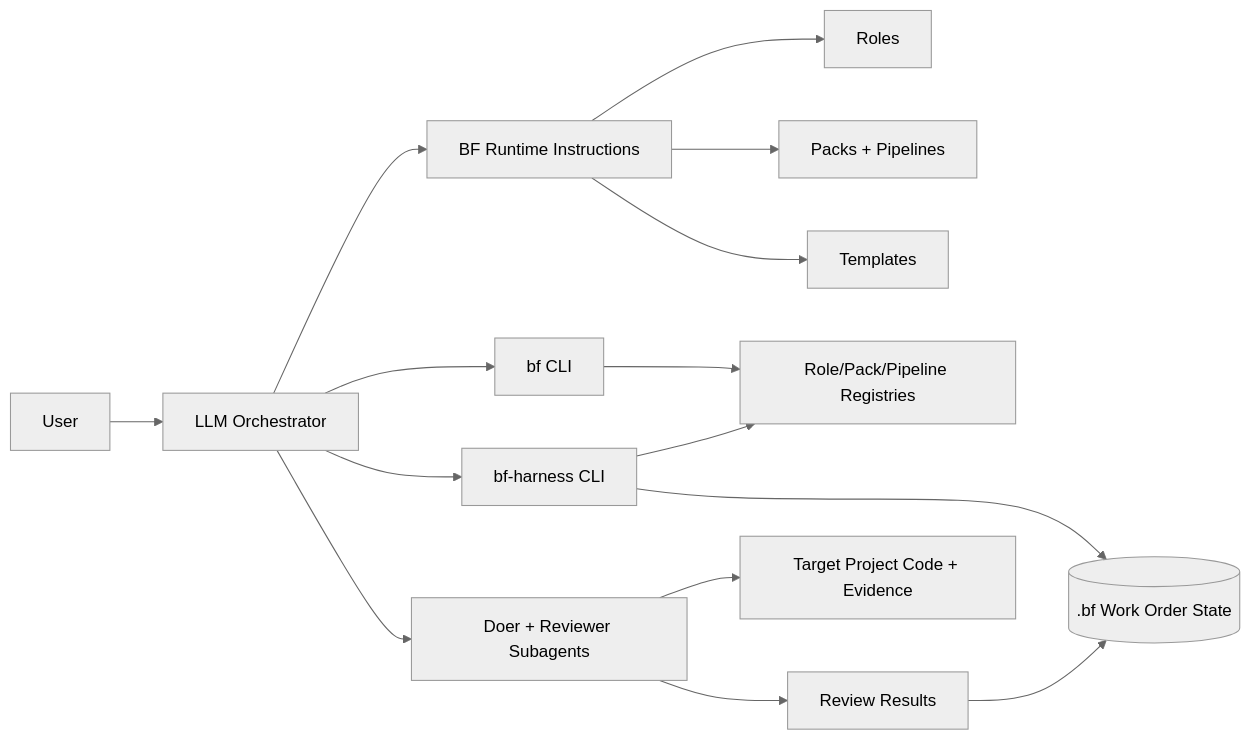
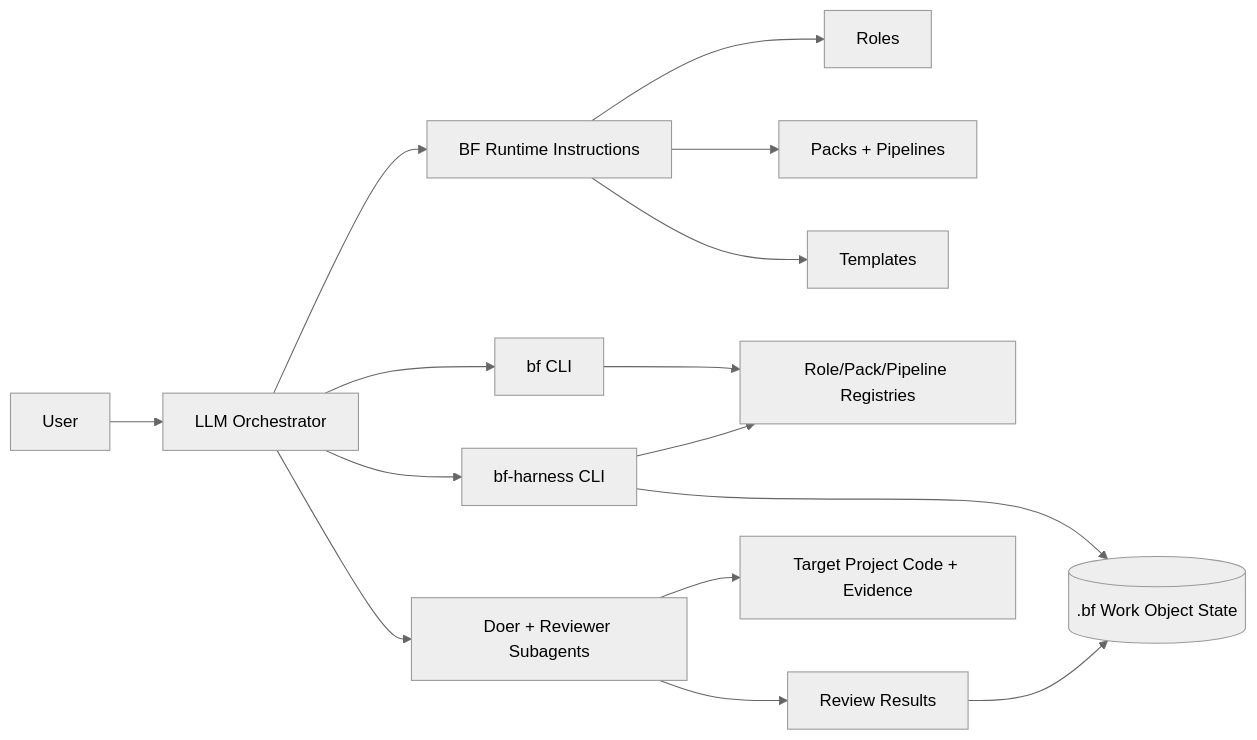
One commit to codetreker/blueprintflow changed the first of 2 diagrams in docs/architecture.md. Above: the diagram before and after it, drawn with Mermaid (neutral theme). The commit also changed other lines of this file and 28 other files, not shown here.

````diff
--- a/docs/architecture.md
+++ b/docs/architecture.md
@@ -26,17 +26,17 @@
 ```mermaid
 flowchart LR
   user[User] --> orchestrator[LLM Orchestrator]
   orchestrator --> runtime[BF Runtime Instructions]
   orchestrator --> bfcli[bf CLI]
   orchestrator --> harness[bf-harness CLI]
   runtime --> roles[Roles]
   runtime --> packs[Packs + Pipelines]
   runtime --> templates[Templates]
   bfcli --> registries[Role/Pack/Pipeline Registries]
   harness --> registries
-  harness --> wo[(.bf Work Order State)]
+  harness --> wo[(.bf Work Object State)]
   orchestrator --> subagents[Doer + Reviewer Subagents]
   subagents --> project[Target Project Code + Evidence]
   subagents --> reviewResults[Review Results]
   reviewResults --> wo
 ```
````
